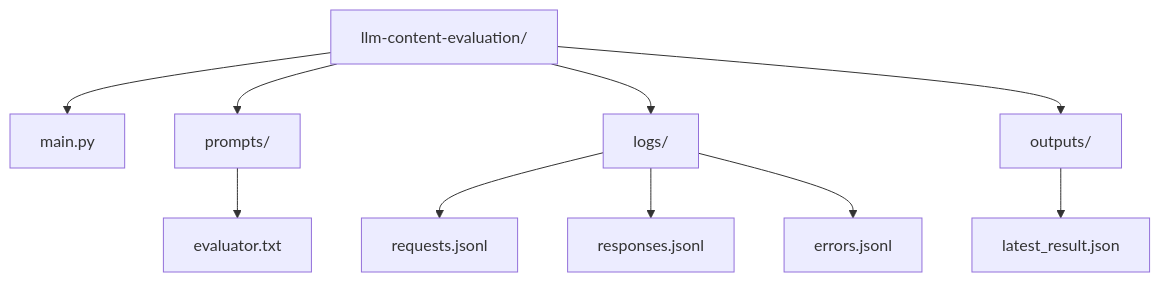
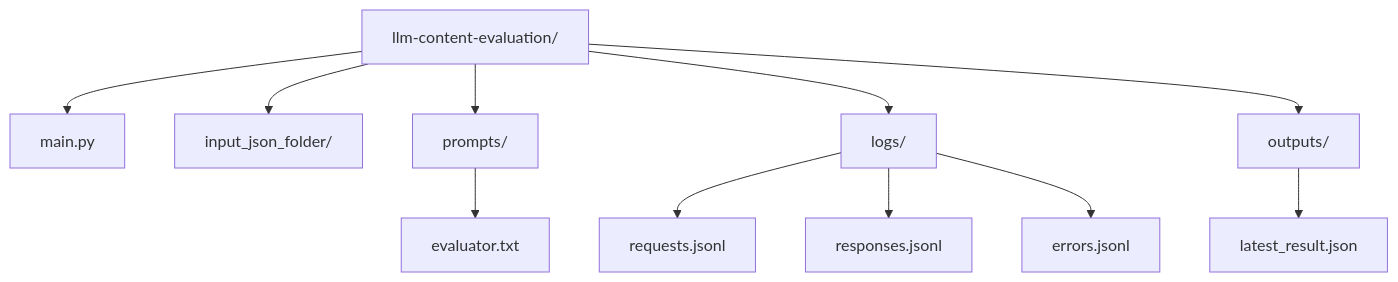
Before and after one commit to blackstag2k/LLM-Control-Lab: the second of 2 diagrams in README.md, drawn with Mermaid.

Commit message:
Update README with project details and structure

````diff
--- a/README.md
+++ b/README.md
@@ -75,15 +75,15 @@
 ```mermaid
 graph TD
     A[llm-content-evaluation/] --> B[main.py]
-
+    A --> C[input_json_folder/]
     A --> D[prompts/]
     D --> D1[evaluator.txt]
 
     A --> E[logs/]
     E --> E1[requests.jsonl]
     E --> E2[responses.jsonl]
     E --> E3[errors.jsonl]
 
     A --> F[outputs/]
     F --> F1[latest_result.json]
 ```
````
